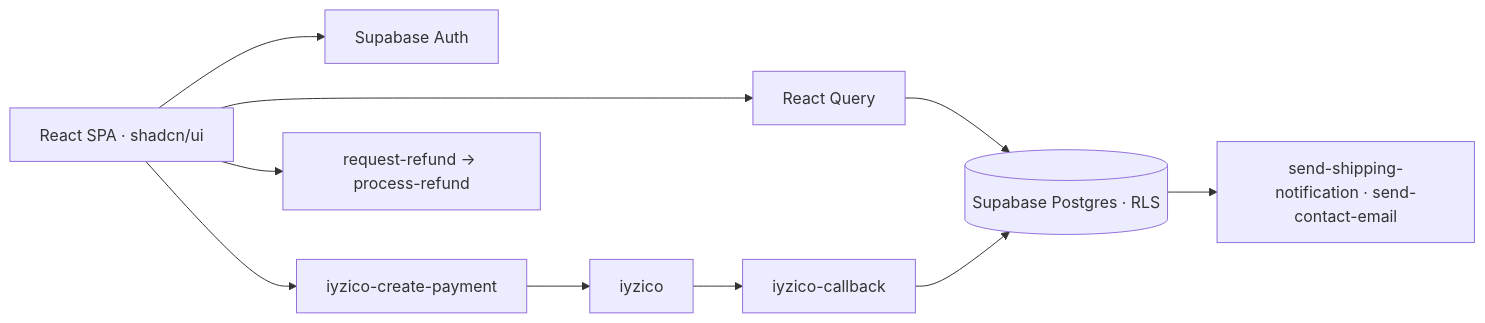
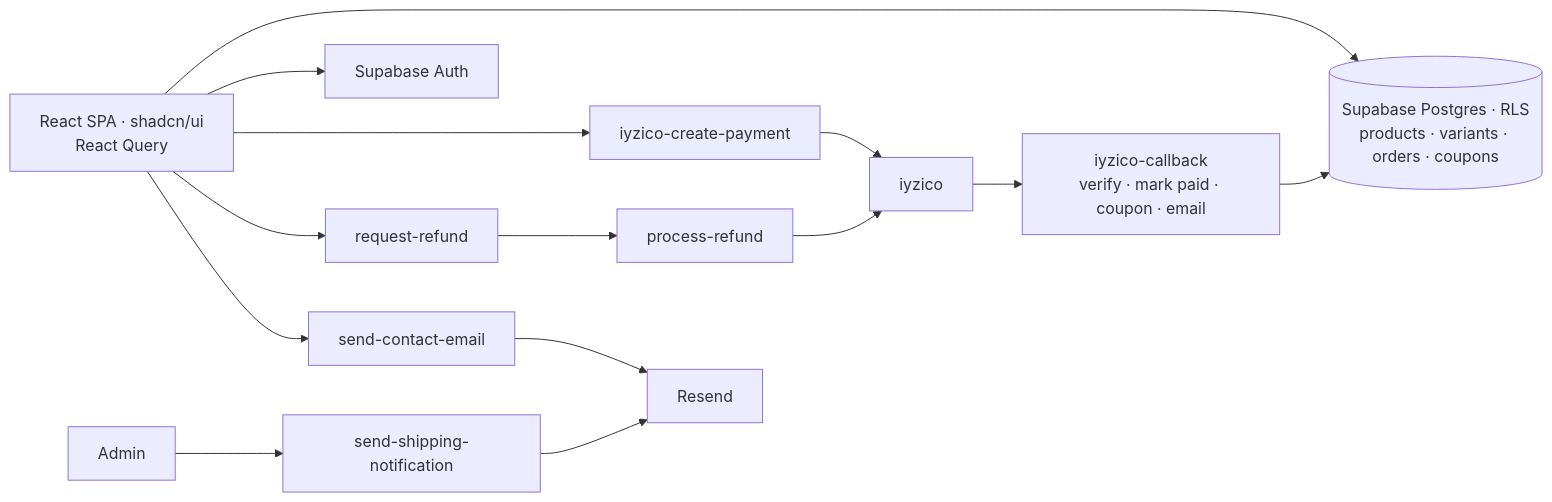
The diagram in README.md (kutluhangil/ComicWall), drawn with Mermaid before and after one commit. The commit also changed other lines of this file and 3 other files, not shown here.

````diff
--- a/README.md
+++ b/README.md
@@ -37,10 +48,10 @@
 ```mermaid
 flowchart LR
-  UI[React SPA · shadcn/ui] --> Q[React Query]
-  Q --> DB[(Supabase Postgres · RLS)]
+  UI[React SPA · shadcn/ui<br/>React Query] --> DB[(Supabase Postgres · RLS<br/>products · variants · orders · coupons)]
   UI --> AUTH[Supabase Auth]
   UI --> PAY[iyzico-create-payment] --> IYZ[iyzico]
-  IYZ --> CB[iyzico-callback] --> DB
-  DB --> MAIL[send-shipping-notification · send-contact-email]
-  UI --> RF[request-refund → process-refund]
+  IYZ --> CB[iyzico-callback<br/>verify · mark paid · coupon · email] --> DB
+  UI --> RR[request-refund] --> PR[process-refund] --> IYZ
+  ADMIN[Admin] --> SN[send-shipping-notification] --> MAIL[Resend]
+  UI --> CE[send-contact-email] --> MAIL
 ```
````
